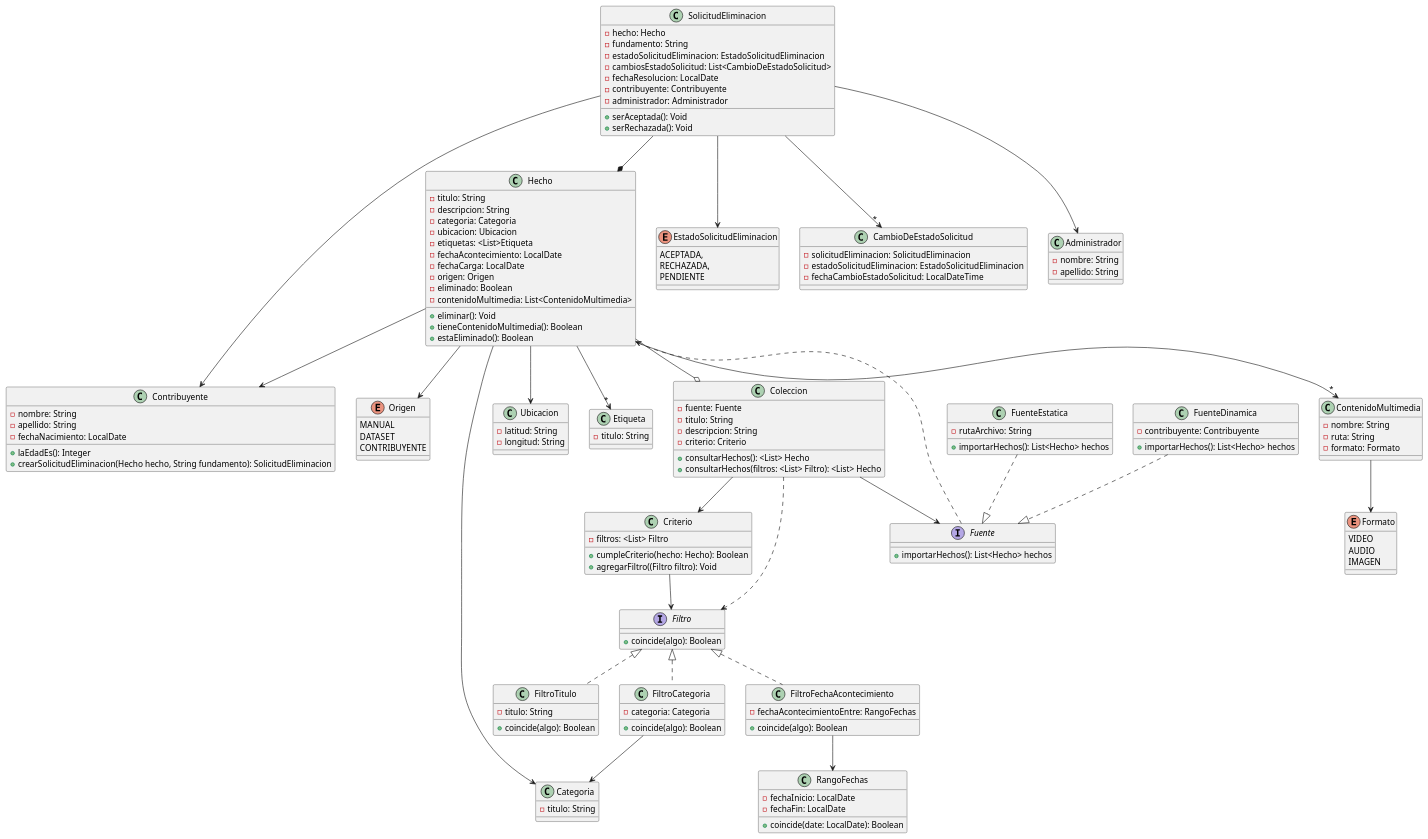
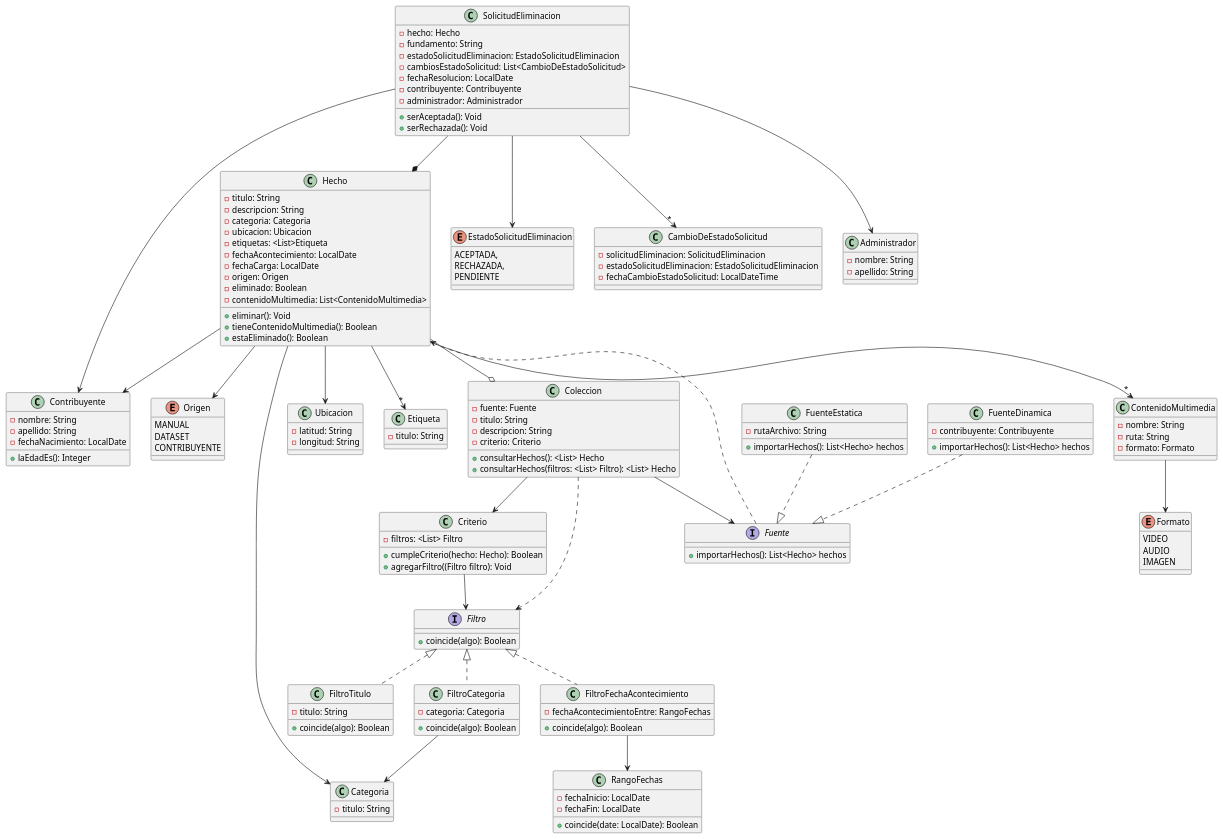
The diagram in DiagramaDeClases-1°Entrega.puml (BrunoRodriguezzz/tp-dsi), drawn with PlantUML before and after one commit. The commit also changed 2 other files, not shown here.

```diff
--- a/DiagramaDeClases-1°Entrega.puml
+++ b/DiagramaDeClases-1°Entrega.puml
@@ -1,184 +1,183 @@
     @startuml
 'Hecho
 Hecho --> Contribuyente
 Hecho --> Origen
 Hecho --> Categoria
 Hecho --> Ubicacion
 Hecho -->"*" Etiqueta
 Hecho --o Coleccion
 Hecho -->"*" ContenidoMultimedia
 
 'Solicitudes de Eliminacion
 SolicitudEliminacion --* Hecho
 SolicitudEliminacion --> EstadoSolicitudEliminacion
 SolicitudEliminacion -->"*" CambioDeEstadoSolicitud
 SolicitudEliminacion --> Contribuyente
 SolicitudEliminacion --> Administrador
 
 'Colecciones
 Coleccion --> Criterio
 Coleccion ..> Filtro
 
 'Fuente
 Coleccion --> Fuente
 Fuente ..> Hecho
 FuenteEstatica ..|> Fuente
 FuenteDinamica ..|> Fuente
 
 'Criterio
 Criterio --> Filtro
 
 'ElementoCriterio
 Filtro <|.. FiltroTitulo
 Filtro <|.. FiltroCategoria
 Filtro <|.. FiltroFechaAcontecimiento
 
 'Estrategias
 FiltroCategoria --> Categoria
 FiltroFechaAcontecimiento --> RangoFechas
 
 'Contenido Multimedia
 ContenidoMultimedia --> Formato
 
 
 class Contribuyente {
     -nombre: String
     -apellido: String
     -fechaNacimiento: LocalDate
     +laEdadEs(): Integer
-    +crearSolicitudEliminacion(Hecho hecho, String fundamento): SolicitudEliminacion
 }
 
 class Administrador {
     -nombre: String
     -apellido: String
 }
 
 enum EstadoSolicitudEliminacion {
     ACEPTADA,
     RECHAZADA,
     PENDIENTE
 }
 
 class CambioDeEstadoSolicitud {
     -solicitudEliminacion: SolicitudEliminacion
     -estadoSolicitudEliminacion: EstadoSolicitudEliminacion
     -fechaCambioEstadoSolicitud: LocalDateTime
 }
 
 class ContenidoMultimedia {
     -nombre: String
     -ruta: String
     -formato: Formato
 }
 
 enum Formato {
     VIDEO
     AUDIO
     IMAGEN
 }
 
 class Hecho {
     -titulo: String
     -descripcion: String
     -categoria: Categoria
     -ubicacion: Ubicacion
     -etiquetas: <List>Etiqueta
     -fechaAcontecimiento: LocalDate
     -fechaCarga: LocalDate
     -origen: Origen
     -eliminado: Boolean
     -contenidoMultimedia: List<ContenidoMultimedia>
     +eliminar(): Void
     +tieneContenidoMultimedia(): Boolean
     +estaEliminado(): Boolean
 }
 
 interface Fuente {
     +importarHechos(): List<Hecho> hechos
 }
 
 class FuenteEstatica {
     -rutaArchivo: String
     +importarHechos(): List<Hecho> hechos
 }
 
 class FuenteDinamica {
     -contribuyente: Contribuyente
     +importarHechos(): List<Hecho> hechos
 }
 
 class Etiqueta {
     -titulo: String
 }
 
 enum Origen {
     MANUAL
     DATASET
     CONTRIBUYENTE
 }
 
 class Categoria {
     -titulo: String
 }
 
 class Ubicacion {
     -latitud: String
     -longitud: String
 }
 
 class SolicitudEliminacion {
     -hecho: Hecho
     -fundamento: String
     -estadoSolicitudEliminacion: EstadoSolicitudEliminacion
     -cambiosEstadoSolicitud: List<CambioDeEstadoSolicitud>
     -fechaResolucion: LocalDate
     -contribuyente: Contribuyente
     -administrador: Administrador
     +serAceptada(): Void
     +serRechazada(): Void
 }
 
 class Coleccion {
     -fuente: Fuente
     -titulo: String
     -descripcion: String
     -criterio: Criterio
     'Solo para representar overload
     +consultarHechos(): <List> Hecho
     +consultarHechos(filtros: <List> Filtro): <List> Hecho
 }
 
 class Criterio{
     -filtros: <List> Filtro
 
     +cumpleCriterio(hecho: Hecho): Boolean
     +agregarFiltro((Filtro filtro): Void
 }
 
 class RangoFechas {
     -fechaInicio: LocalDate
     -fechaFin: LocalDate
     +coincide(date: LocalDate): Boolean
 }
 
 interface Filtro{
     +coincide(algo): Boolean
 }
 
 class FiltroTitulo{
     -titulo: String
     +coincide(algo): Boolean
 }
 
 class FiltroFechaAcontecimiento{
     -fechaAcontecimientoEntre: RangoFechas
     +coincide(algo): Boolean
 }
 
 class FiltroCategoria{
     -categoria: Categoria
     +coincide(algo): Boolean
 }
 
 @enduml
```
